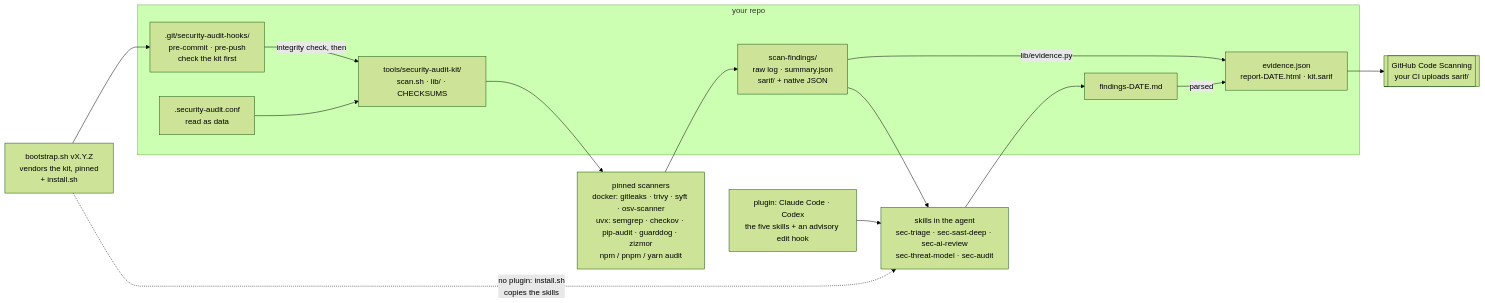
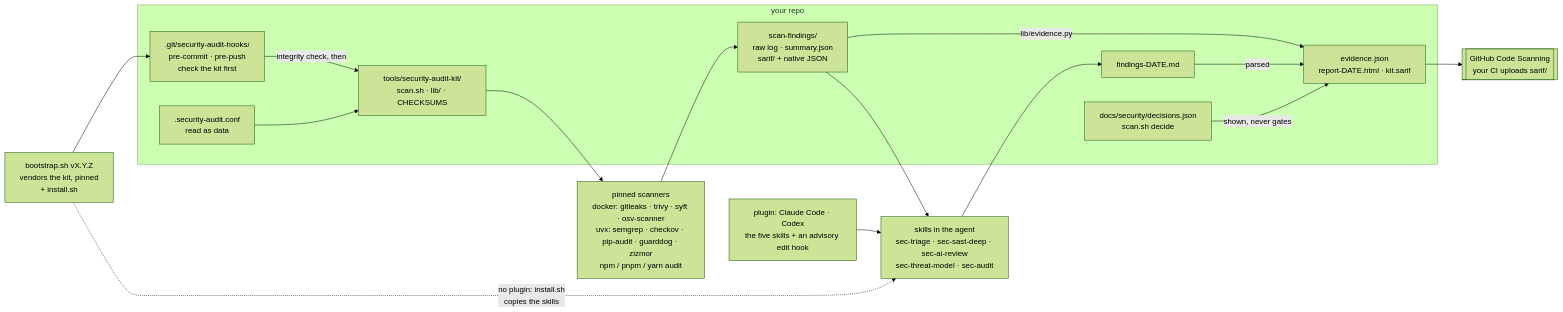
Before and after one commit to boraeresici/security-audit-kit: the diagram in README-tr.md, drawn with Mermaid (forest theme). The commit also changed other lines of this file and 9 other files, not shown here.

````diff
--- a/README-tr.md
+++ b/README-tr.md
@@ -50,28 +50,30 @@
 ```mermaid
 flowchart LR
     BS["bootstrap.sh vX.Y.Z<br/>vendors the kit, pinned<br/>+ install.sh"]
     PLG["plugin: Claude Code · Codex<br/>the five skills + an advisory edit hook"]
     subgraph REPO["your repo"]
       HK[".git/security-audit-hooks/<br/>pre-commit · pre-push<br/>check the kit first"]
       CONF[".security-audit.conf<br/>read as data"]
       KIT["tools/security-audit-kit/<br/>scan.sh · lib/ · CHECKSUMS"]
       OUT["scan-findings/<br/>raw log · summary.json<br/>sarif/ + native JSON"]
       FMD["findings-DATE.md"]
       EV["evidence.json<br/>report-DATE.html · kit.sarif"]
+      DEC["docs/security/decisions.json<br/>scan.sh decide"]
     end
     TOOLS["pinned scanners<br/>docker: gitleaks · trivy · syft · osv-scanner<br/>uvx: semgrep · checkov · pip-audit · guarddog · zizmor<br/>npm / pnpm / yarn audit"]
     SK["skills in the agent<br/>sec-triage · sec-sast-deep · sec-ai-review<br/>sec-threat-model · sec-audit"]
     CS[["GitHub Code Scanning<br/>your CI uploads sarif/"]]
 
     BS --> HK
     HK -- "integrity check, then" --> KIT
     CONF --> KIT
     KIT --> TOOLS --> OUT
     OUT -- "lib/evidence.py" --> EV
     EV --> CS
     PLG --> SK
     BS -. "no plugin: install.sh<br/>copies the skills" .-> SK
     OUT --> SK
     SK --> FMD
     FMD -- "parsed" --> EV
+    DEC -- "shown, never gates" --> EV
 ```
````
